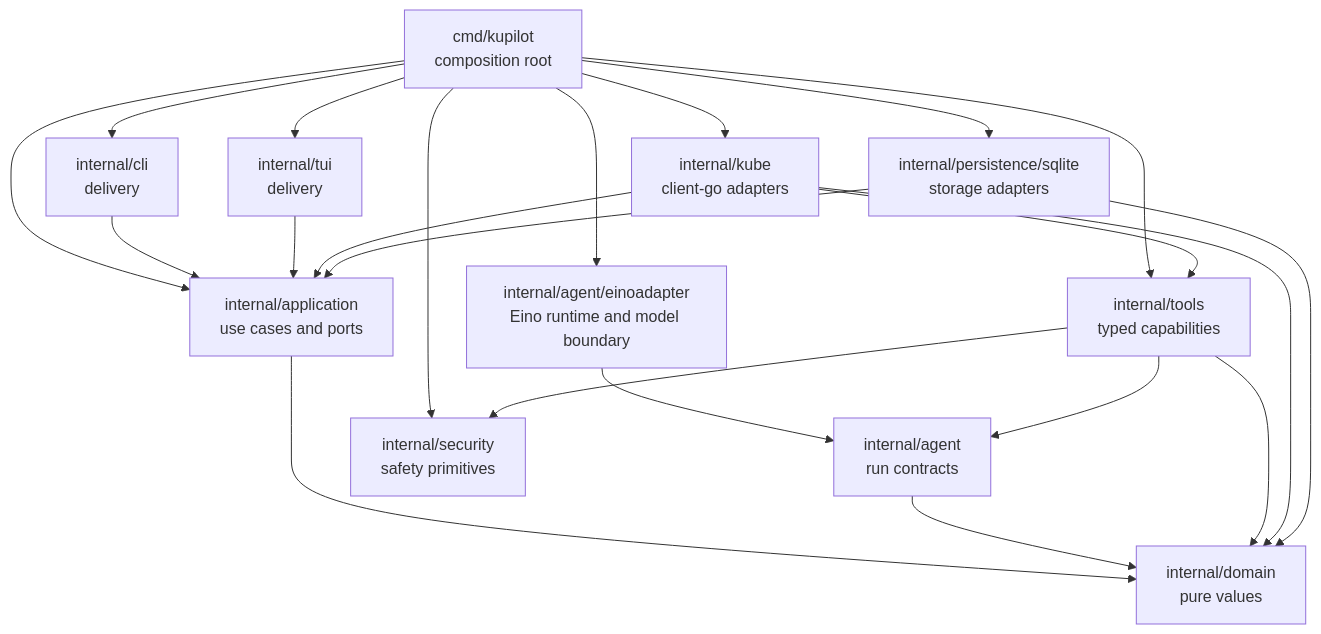
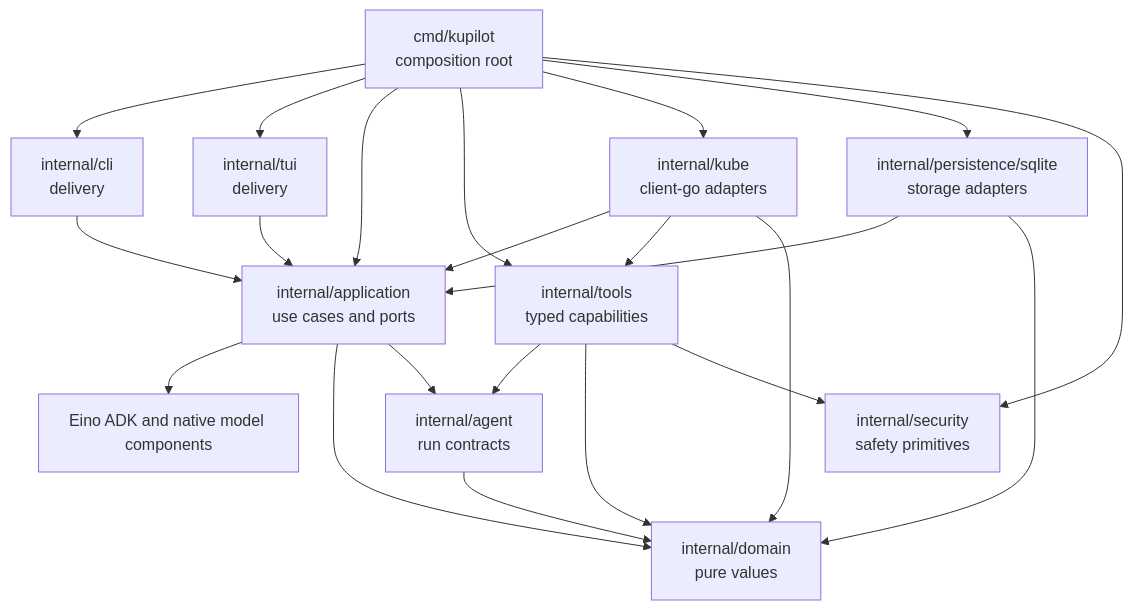
The second of 3 diagrams in docs/architecture.md (imbrooklyn/kupilot), drawn with Mermaid before and after one commit. The commit also changed other lines of this file and 135 other files, not shown here.

Commit message:
refactor: compose native Eino agents in Application

````diff
--- a/docs/architecture.md
+++ b/docs/architecture.md
@@ -159,36 +168,36 @@
 ```mermaid
 flowchart TB
     Root["cmd/kupilot\ncomposition root"]
     CLI["internal/cli\ndelivery"]
     TUI["internal/tui\ndelivery"]
     App["internal/application\nuse cases and ports"]
     Domain["internal/domain\npure values"]
     Agent["internal/agent\nrun contracts"]
-    Eino["internal/agent/einoadapter\nEino runtime and model boundary"]
+    Eino["Eino ADK and native model components"]
     Tools["internal/tools\ntyped capabilities"]
     Kube["internal/kube\nclient-go adapters"]
     SQLite["internal/persistence/sqlite\nstorage adapters"]
     Security["internal/security\nsafety primitives"]
 
     Root --> CLI
     Root --> TUI
     Root --> App
-    Root --> Eino
+    App --> Eino
     Root --> Tools
     Root --> Kube
     Root --> SQLite
     Root --> Security
     CLI --> App
     TUI --> App
     App --> Domain
-    Eino --> Agent
+    App --> Agent
     Agent --> Domain
     Tools --> Agent
     Tools --> Domain
     Tools --> Security
     Kube --> App
     Kube --> Tools
     Kube --> Domain
     SQLite --> App
     SQLite --> Domain
 ```
````
